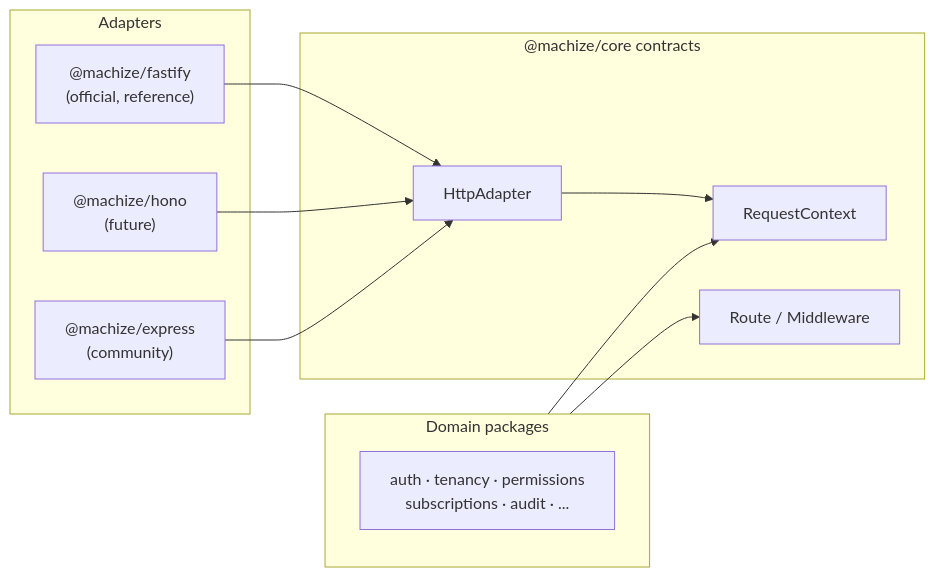
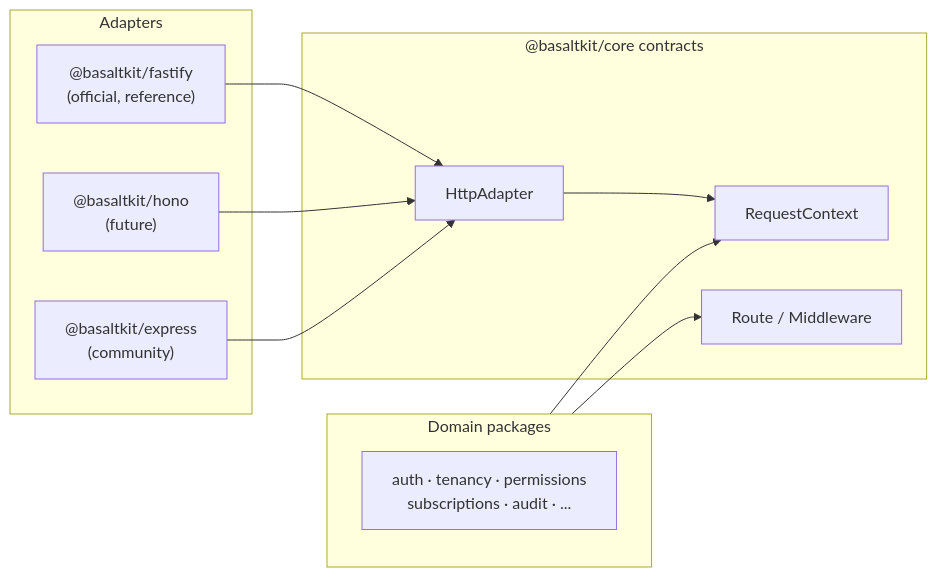
Before and after one commit to basaltkit/basalt: the third of 4 diagrams in ARCHITECTURE.md, drawn with Mermaid. The commit also changed other lines of this file and 624 other files, not shown here.

First line of the commit message:
rebrand: @machize -> @basaltkit (Basalt)

````diff
--- a/ARCHITECTURE.md
+++ b/ARCHITECTURE.md
@@ -307,22 +307,22 @@
 ```mermaid
 graph LR
     subgraph Adapters
-        AF["@machize/fastify<br/>(official, reference)"]
-        AH["@machize/hono<br/>(future)"]
-        AE["@machize/express<br/>(community)"]
+        AF["@basaltkit/fastify<br/>(official, reference)"]
+        AH["@basaltkit/hono<br/>(future)"]
+        AE["@basaltkit/express<br/>(community)"]
     end
-    subgraph Core["@machize/core contracts"]
+    subgraph Core["@basaltkit/core contracts"]
         HA["HttpAdapter"]
         RC["RequestContext"]
         RT["Route / Middleware"]
     end
     subgraph Domain["Domain packages"]
         D1["auth · tenancy · permissions<br/>subscriptions · audit · ..."]
     end
     AF --> HA
     AH --> HA
     AE --> HA
     HA --> RC
     Domain --> RC
     Domain --> RT
 ```
````
